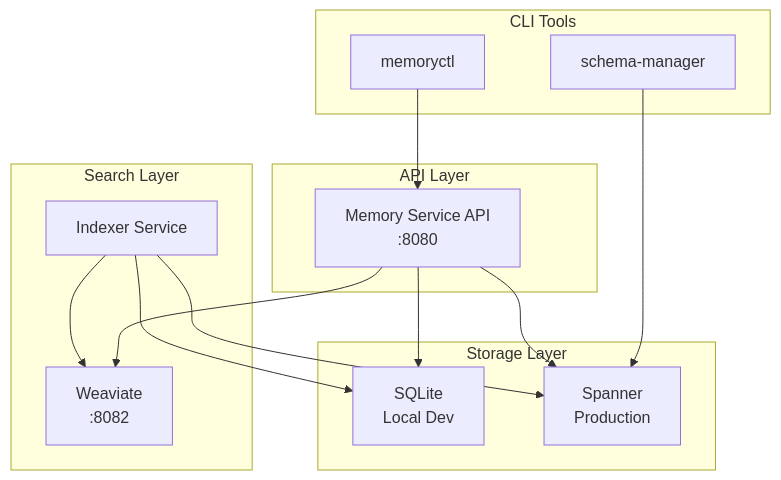
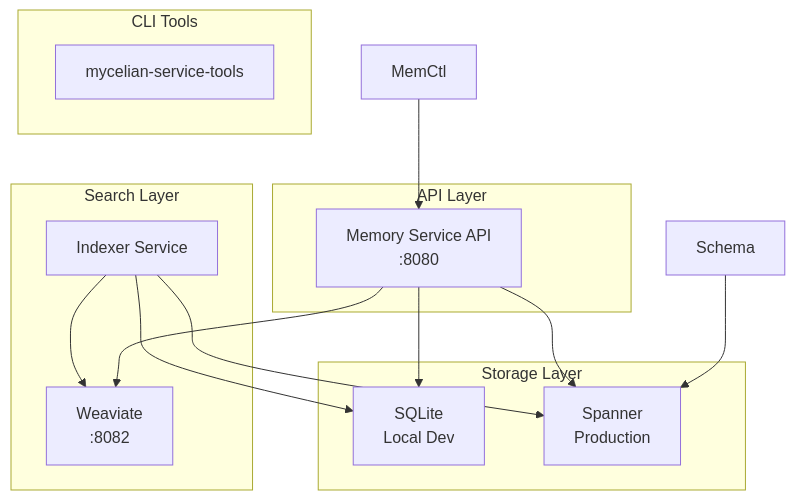
Before and after one commit to mycelian-ai/mycelian-memory: the diagram in DEVELOPER.md, drawn with Mermaid. The commit also changed other lines of this file and 154 other files, not shown here.

````diff
--- a/DEVELOPER.md
+++ b/DEVELOPER.md
@@ -76,31 +76,31 @@
 ```mermaid
 graph TB
     subgraph "API Layer"
         API[Memory Service API<br/>:8080]
     end
     
     subgraph "Storage Layer"
         SQLite[SQLite<br/>Local Dev]
         Spanner[Spanner<br/>Production]
     end
     
     subgraph "Search Layer"
         Weaviate[Weaviate<br/>:8082]
         Indexer[Indexer Service]
     end
     
     subgraph "CLI Tools"
-        MemCtl[memoryctl]
-        Schema[schema-manager]
+        ServiceTools[mycelian-service-tools]
+        ServiceTools[mycelian-service-tools]
     end
     
     API --> SQLite
     API --> Spanner
     Indexer --> SQLite
     Indexer --> Spanner
     Indexer --> Weaviate
     API --> Weaviate
     
     MemCtl --> API
     Schema --> Spanner
 ```
````
